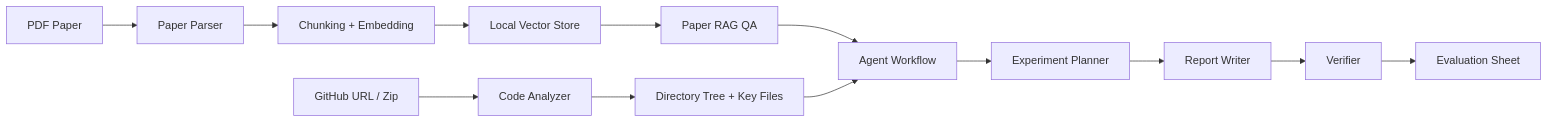
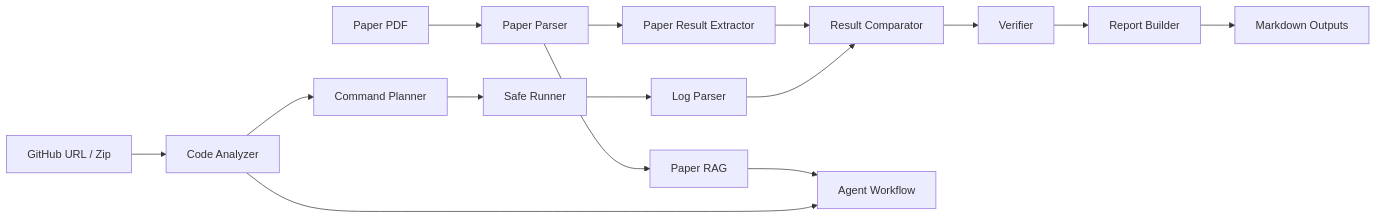
One commit to dongtingshuo/researchflow-agent changed the diagram in README.md. Above: the diagram before and after it, drawn with Mermaid. The commit also changed other lines of this file and 43 other files, not shown here.

Commit message:
Finalize research workflow agent documentation and demo

````diff
--- a/README.md
+++ b/README.md
@@ -102,17 +97,17 @@
 ```mermaid
 flowchart LR
-    A["PDF Paper"] --> B["Paper Parser"]
-    B --> C["Chunking + Embedding"]
-    C --> D["Local Vector Store"]
-    D --> E["Paper RAG QA"]
-
-    F["GitHub URL / Zip"] --> G["Code Analyzer"]
-    G --> H["Directory Tree + Key Files"]
-
-    E --> I["Agent Workflow"]
-    H --> I
-    I --> J["Experiment Planner"]
-    J --> K["Report Writer"]
-    K --> L["Verifier"]
-    L --> M["Evaluation Sheet"]
+    A["Paper PDF"] --> B["Paper Parser"]
+    B --> C["Paper RAG"]
+    B --> D["Paper Result Extractor"]
+    E["GitHub URL / Zip"] --> F["Code Analyzer"]
+    F --> G["Command Planner"]
+    D --> H["Result Comparator"]
+    G --> I["Safe Runner"]
+    I --> J["Log Parser"]
+    J --> H
+    C --> K["Agent Workflow"]
+    F --> K
+    H --> L["Verifier"]
+    L --> M["Report Builder"]
+    M --> N["Markdown Outputs"]
 ```
````
